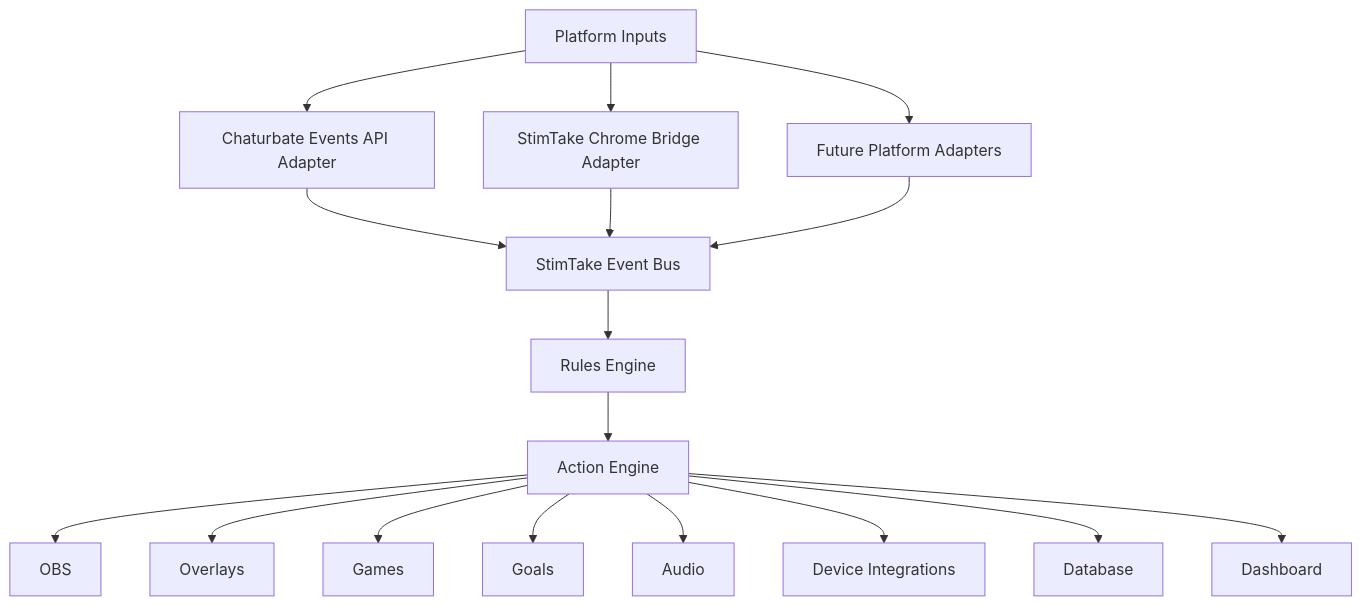
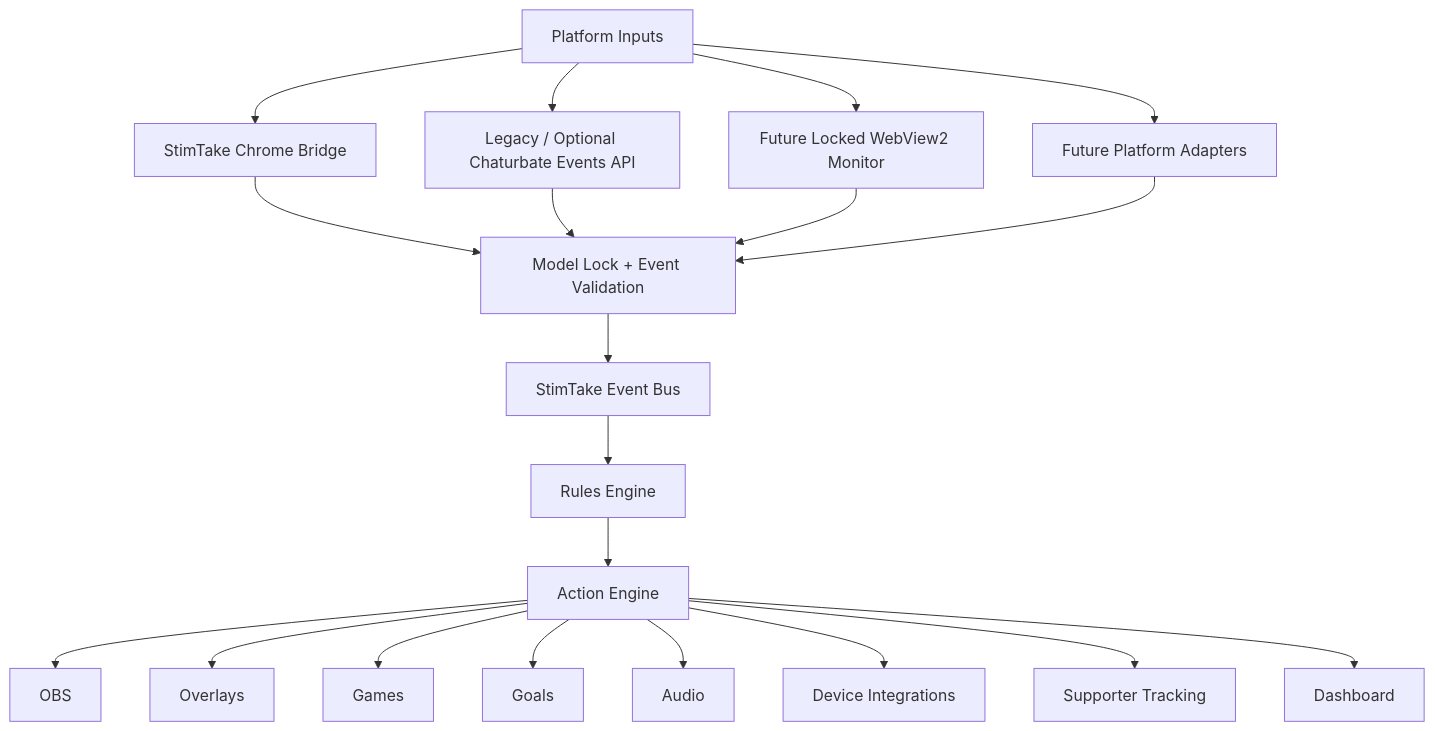
The second of 3 diagrams in README.md (tcdoverlord/StimTake-Studio), drawn with Mermaid before and after one commit. The commit also changed other lines of this file and 21 other files, not shown here.

Commit message:
safepoint v2: preserve Chrome Bridge and Codex handoff state

````diff
--- a/README.md
+++ b/README.md
@@ -276,23 +410,27 @@
-``` mermaid
+```mermaid
 flowchart TD
     INPUTS[Platform Inputs]
-    INPUTS --> CBAPI[Chaturbate Events API Adapter]
-    INPUTS --> CBBROWSER[StimTake Chrome Bridge Adapter]
+
+    INPUTS --> CBBROWSER[StimTake Chrome Bridge]
+    INPUTS --> CBAPI[Legacy / Optional Chaturbate Events API]
+    INPUTS --> WEBVIEW[Future Locked WebView2 Monitor]
     INPUTS --> FUTURE[Future Platform Adapters]
 
-    CBAPI --> BUS[StimTake Event Bus]
-    CBBROWSER --> BUS
-    FUTURE --> BUS
+    CBBROWSER --> VALIDATE[Model Lock + Event Validation]
+    CBAPI --> VALIDATE
+    WEBVIEW --> VALIDATE
+    FUTURE --> VALIDATE
 
+    VALIDATE --> BUS[StimTake Event Bus]
     BUS --> RULES[Rules Engine]
     RULES --> ACTIONS[Action Engine]
 
     ACTIONS --> OBS[OBS]
     ACTIONS --> OVERLAYS[Overlays]
     ACTIONS --> GAMES[Games]
     ACTIONS --> GOALS[Goals]
     ACTIONS --> AUDIO[Audio]
     ACTIONS --> DEVICES[Device Integrations]
-    ACTIONS --> DATABASE[Database]
+    ACTIONS --> SUPPORTERS[Supporter Tracking]
     ACTIONS --> DASHBOARD[Dashboard]
 ```
````
